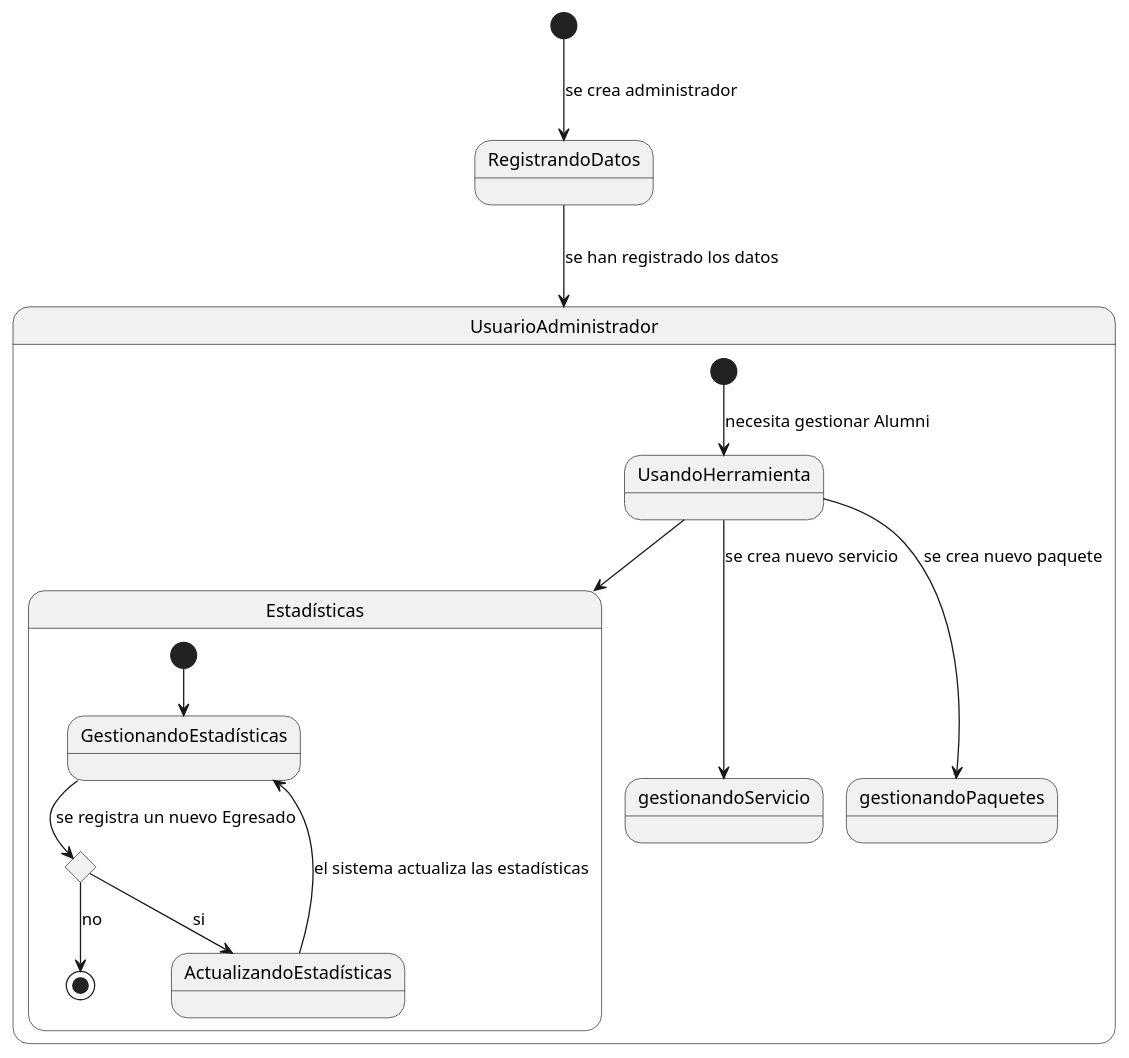
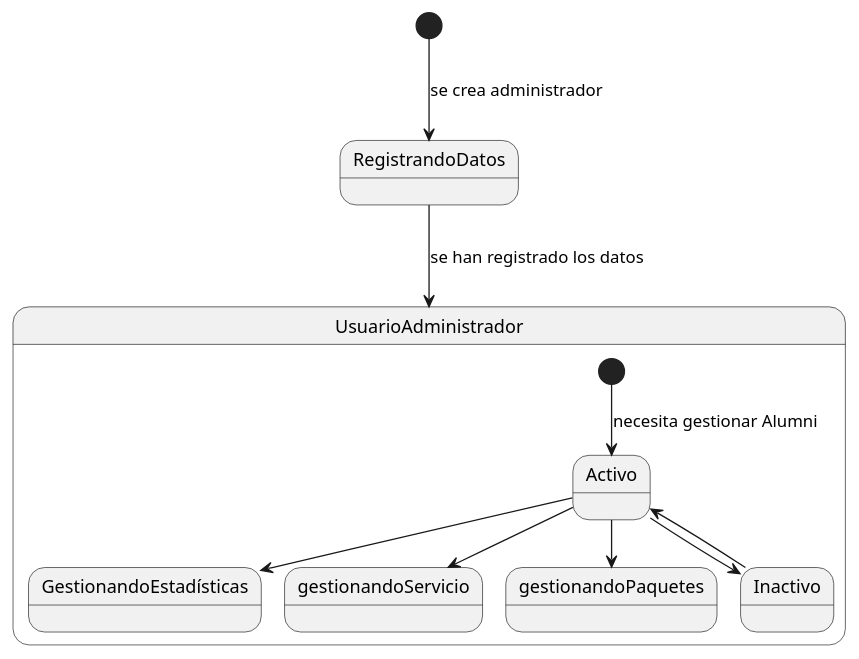
The diagram in Modelo_de_Dominio/Diagramas_de_Estado/Cuarta_Iteración/Administrador/Diagrama_de_Estados_Administrador.puml (mmasias/23-24-IdSw1-SDR), drawn with PlantUML before and after one commit.

Commit message:
quinta iteración diagrama de estados

```diff
--- a/Modelo_de_Dominio/Diagramas_de_Estado/Cuarta_Iteración/Administrador/Diagrama_de_Estados_Administrador.puml
+++ b/Modelo_de_Dominio/Diagramas_de_Estado/Cuarta_Iteración/Administrador/Diagrama_de_Estados_Administrador.puml
@@ -1,24 +1,16 @@
 [*] --> RegistrandoDatos: se crea administrador
 
 RegistrandoDatos-->UsuarioAdministrador :se han registrado los datos
 
 
 state UsuarioAdministrador{
-UsandoHerramienta--> Estadísticas
-state Estadísticas{
-[*]-->GestionandoEstadísticas
-State accion <<choice>>
-GestionandoEstadísticas -->accion:se registra un nuevo Egresado
-accion-->[*]:no
-accion -->ActualizandoEstadísticas :si
-ActualizandoEstadísticas-->GestionandoEstadísticas : el sistema actualiza las estadísticas
-
-
-} 
-[*]-->UsandoHerramienta : necesita gestionar Alumni
-UsandoHerramienta-->gestionandoServicio : se crea nuevo servicio
-UsandoHerramienta-->gestionandoPaquetes : se crea nuevo paquete
+Activo-->GestionandoEstadísticas
+[*]-->Activo: necesita gestionar Alumni
+Activo-->gestionandoServicio 
+Activo-->gestionandoPaquetes 
+Activo --> Inactivo
+Inactivo --> Activo
 }
 
 
 @enduml
```
